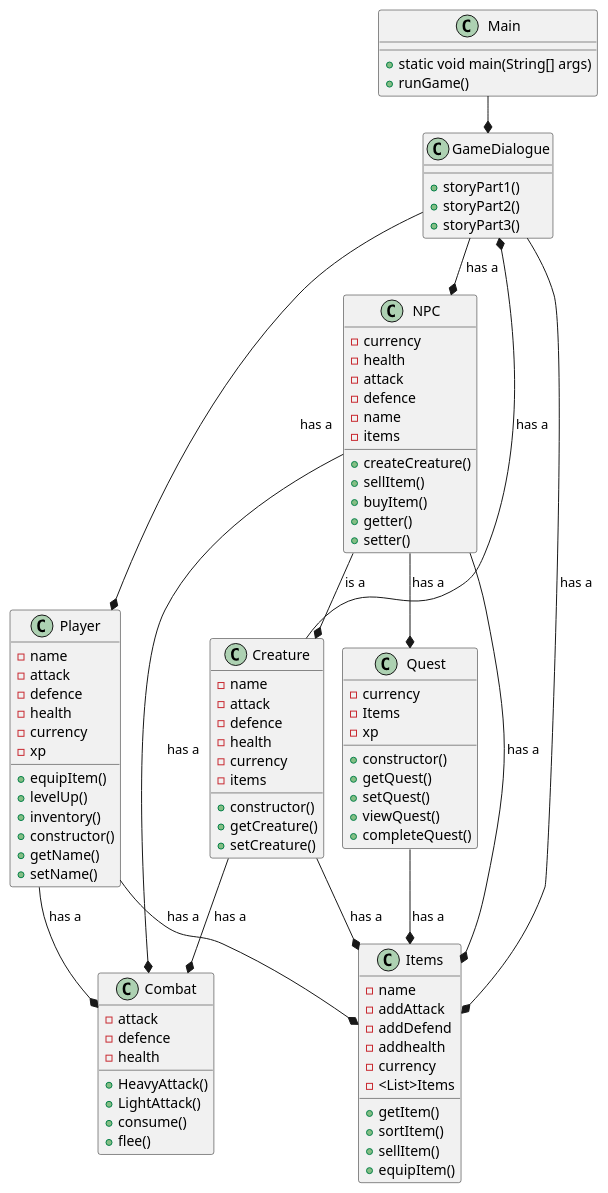
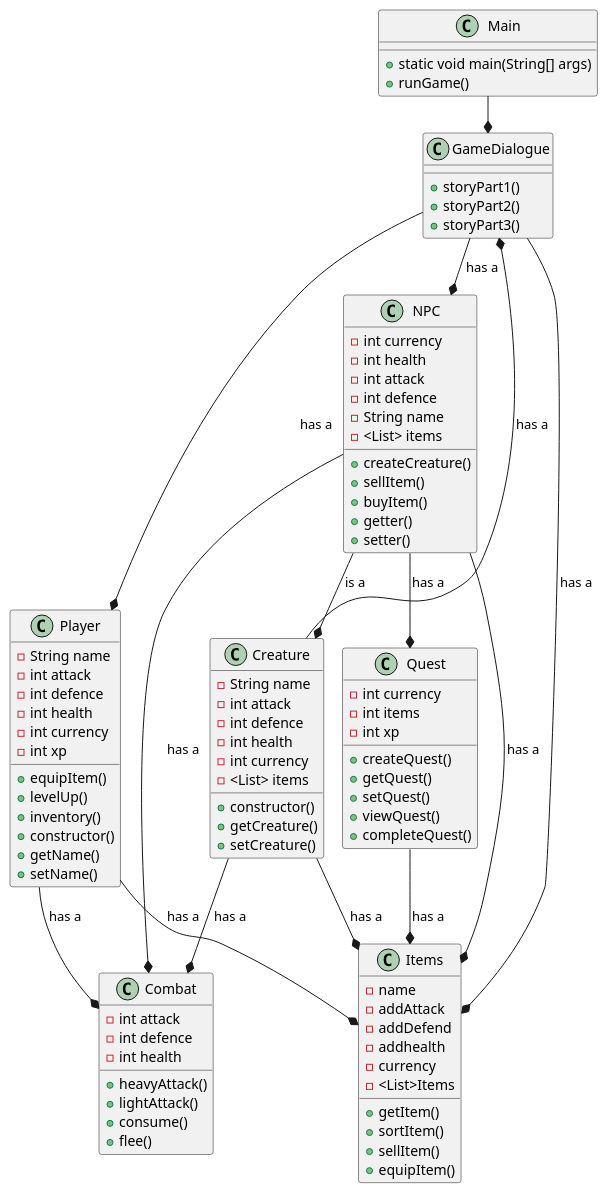
The diagram in doc/Class Diagram.puml (KhuongNDang/Project_ICE), drawn with PlantUML before and after one commit.

Commit message:
Update Class Diagram.puml

```diff
--- a/doc/Class Diagram.puml
+++ b/doc/Class Diagram.puml
@@ -1,116 +1,116 @@
 @startuml
 
 !pragma layout smetana
 
 
 class Main{
 + static void main(String[] args)
 + runGame()
 
 }
 
 
 class GameDialogue{
 + storyPart1()
 + storyPart2()
 + storyPart3()
 }
 
 class Player{
-- name
-- attack
-- defence
-- health
-- currency
-- xp
+- String name
+- int attack
+- int defence
+- int health
+- int currency
+- int xp
 +equipItem()
 +levelUp()
 +inventory()
 +constructor()
 +getName()
 +setName()
 }
 
 
 class Creature{
-- name
-- attack
-- defence
-- health
-- currency
-- items
+- String name
+- int attack
+- int defence
+- int health
+- int currency
+- <List> items
 + constructor()
 + getCreature()
 + setCreature()
 }
 
 
 class  NPC{
-- currency
-- health
-- attack
-- defence
-- name
-- items
+- int currency
+- int health
+- int attack
+- int defence
+- String name
+- <List> items
 + createCreature()
 + sellItem()
 + buyItem()
 + getter()
 + setter()
 }
 
 
 class  Combat{
-- attack
-- defence
-- health
-+ HeavyAttack()
-+ LightAttack()
+- int attack
+- int defence
+- int health
++ heavyAttack()
++ lightAttack()
 + consume()
 + flee()
 }
 
 
 class  Quest{
-- currency
-- Items
-- xp
-+ constructor()
+- int currency
+- int items
+- int xp
++ createQuest()
 + getQuest()
 + setQuest()
 + viewQuest()
 + completeQuest()
 }
 
 
 class  Items{
 - name
 - addAttack
 - addDefend
 - addhealth
 - currency
 - <List>Items
 + getItem()
 + sortItem()
 + sellItem()
 + equipItem()
 
 }
 
 
 Main --* GameDialogue
 Player --* Items: has a
 Creature --* Items: has a
 GameDialogue --* Items: has a
 Quest --* Items: has a
 GameDialogue --* NPC: has a
 NPC --* Quest: has a
 Player --* Combat: has a
 Creature --* Combat: has a
 NPC --* Combat: has a
 Creature --* GameDialogue: has a
 NPC --* Creature: is a
 GameDialogue --* Player: has a
 NPC --* Items: has a
 
 @enduml
```
